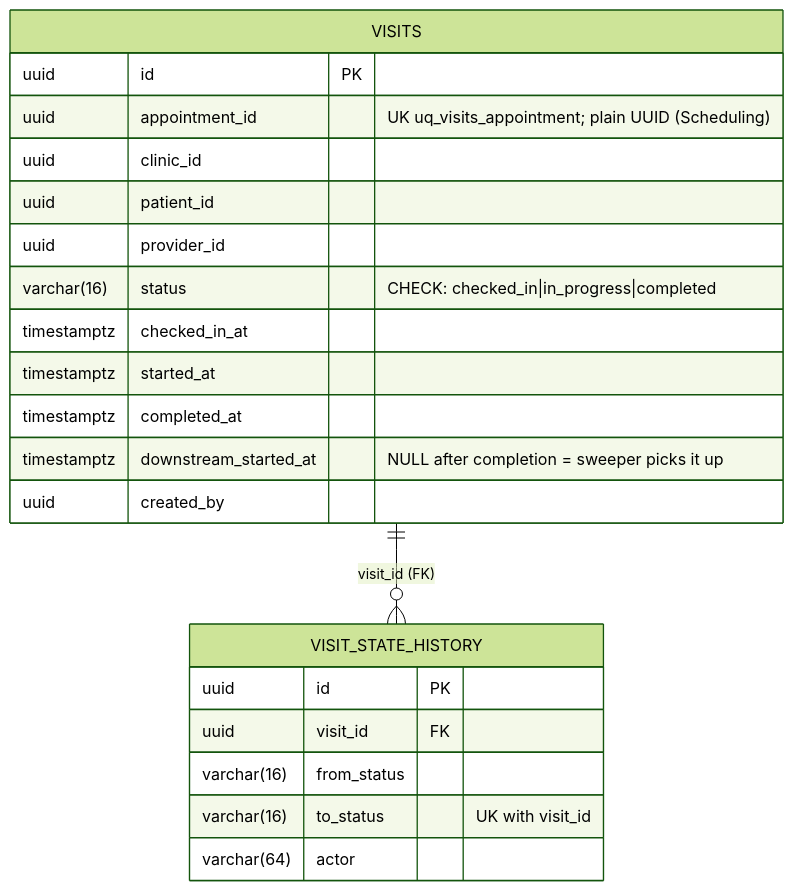
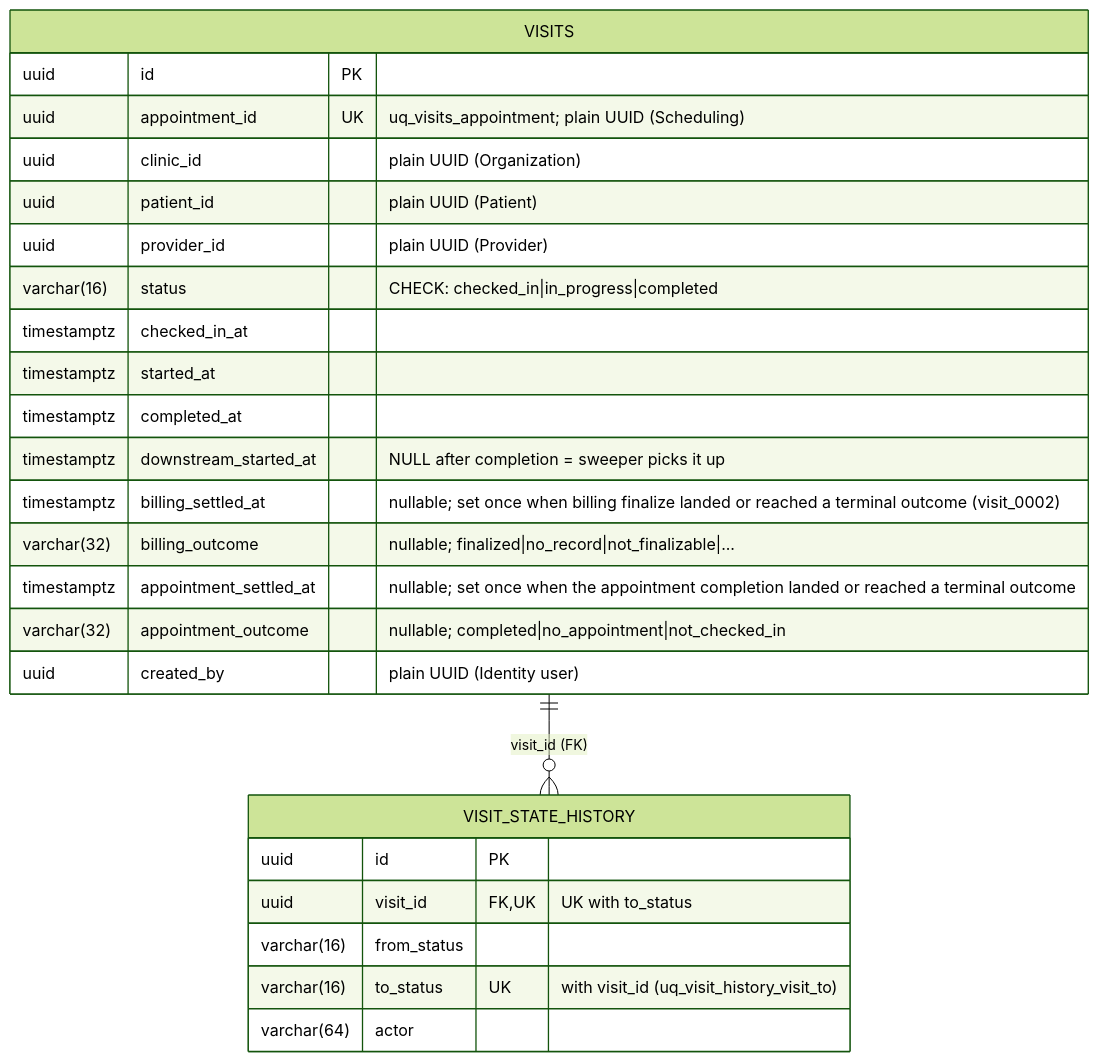
Before and after one commit to umarEmumba/smarthealth: the sixth of 8 diagrams in docs/erd.md, drawn with Mermaid (forest theme). The commit also changed other lines of this file and 4 other files, not shown here.

First line of the commit message:
docs(02.1-13): README, architecture doc and ERD describe the Phase 2.1 system

````diff
--- a/docs/erd.md
+++ b/docs/erd.md
@@ -204,24 +244,28 @@
 ```mermaid
 erDiagram
     VISITS ||--o{ VISIT_STATE_HISTORY : "visit_id (FK)"
     VISITS {
         uuid id PK
-        uuid appointment_id "UK uq_visits_appointment; plain UUID (Scheduling)"
-        uuid clinic_id
-        uuid patient_id
-        uuid provider_id
+        uuid appointment_id UK "uq_visits_appointment; plain UUID (Scheduling)"
+        uuid clinic_id "plain UUID (Organization)"
+        uuid patient_id "plain UUID (Patient)"
+        uuid provider_id "plain UUID (Provider)"
         varchar(16) status "CHECK: checked_in|in_progress|completed"
         timestamptz checked_in_at
         timestamptz started_at
         timestamptz completed_at
         timestamptz downstream_started_at "NULL after completion = sweeper picks it up"
-        uuid created_by
+        timestamptz billing_settled_at "nullable; set once when billing finalize landed or reached a terminal outcome (visit_0002)"
+        varchar(32) billing_outcome "nullable; finalized|no_record|not_finalizable|..."
+        timestamptz appointment_settled_at "nullable; set once when the appointment completion landed or reached a terminal outcome"
+        varchar(32) appointment_outcome "nullable; completed|no_appointment|not_checked_in"
+        uuid created_by "plain UUID (Identity user)"
     }
     VISIT_STATE_HISTORY {
         uuid id PK
-        uuid visit_id FK
+        uuid visit_id FK, UK "UK with to_status"
         varchar(16) from_status
-        varchar(16) to_status "UK with visit_id"
+        varchar(16) to_status UK "with visit_id (uq_visit_history_visit_to)"
         varchar(64) actor
     }
 ```
````
